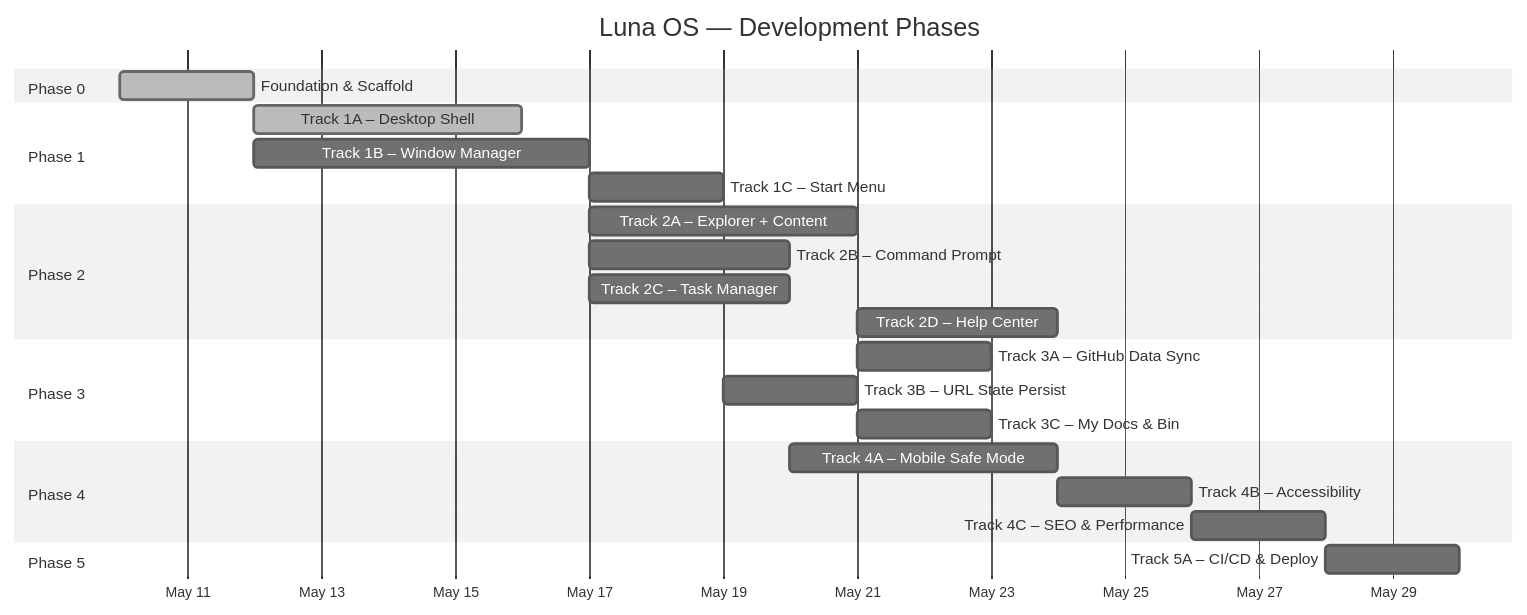
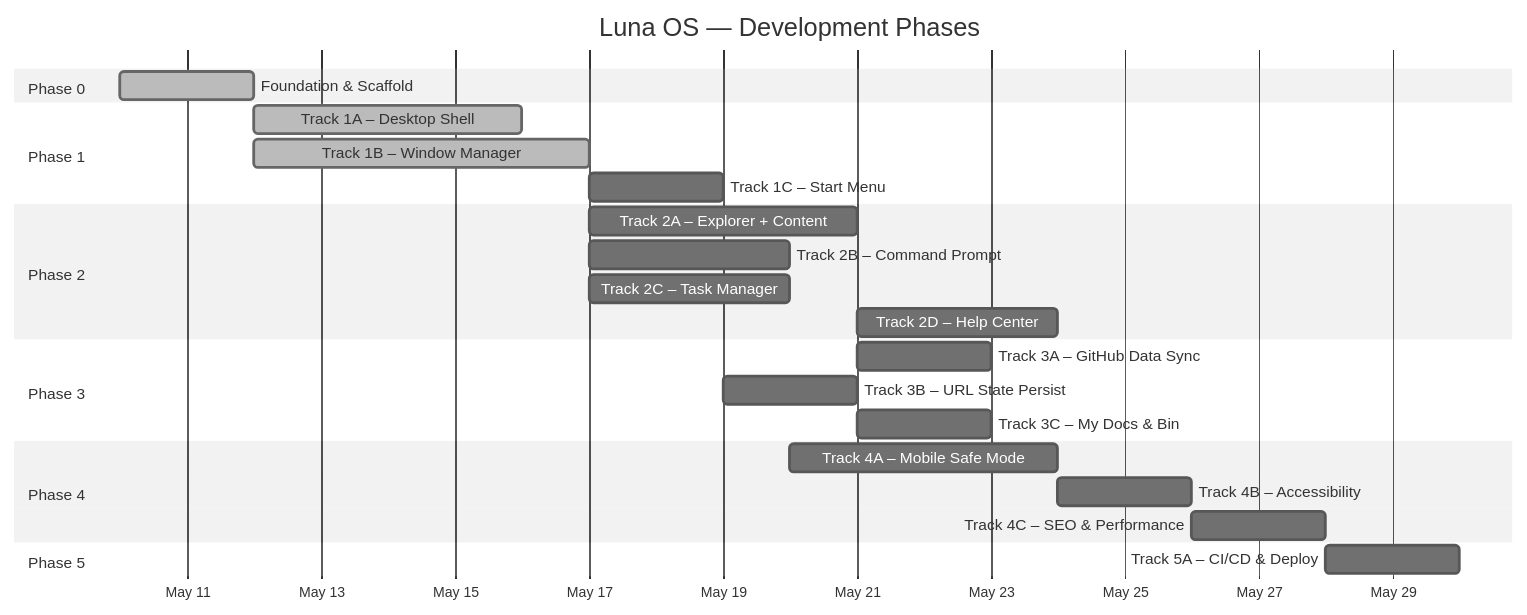
One commit to mansyar/portfolio-v3 changed the first of 2 diagrams in docs/ROADMAP.md. Above: the diagram before and after it, drawn with Mermaid (neutral theme). The commit also changed other lines of this file, not shown here.

Commit message:
docs: Update ROADMAP with completed Track 1B — Window Manager

````diff
--- a/docs/ROADMAP.md
+++ b/docs/ROADMAP.md
@@ -11,33 +11,33 @@
 ```mermaid
 gantt
     title Luna OS — Development Phases
     dateFormat  YYYY-MM-DD
     axisFormat  %b %d
 
     section Phase 0
     Foundation & Scaffold         :done, p0, 2026-05-10, 2d
 
     section Phase 1
     Track 1A – Desktop Shell      :done, p1a, after p0, 4d
-    Track 1B – Window Manager     :p1b, after p0, 5d
+    Track 1B – Window Manager     :done, p1b, after p0, 5d
     Track 1C – Start Menu         :p1c, after p1b, 2d
 
     section Phase 2
     Track 2A – Explorer + Content :p2a, after p1b, 4d
     Track 2B – Command Prompt     :p2b, after p1b, 3d
     Track 2C – Task Manager       :p2c, after p1b, 3d
     Track 2D – Help Center        :p2d, after p2a, 3d
 
     section Phase 3
     Track 3A – GitHub Data Sync   :p3a, after p2a, 2d
     Track 3B – URL State Persist  :p3b, after p1c, 2d
     Track 3C – My Docs & Bin      :p3c, after p2a, 2d
 
     section Phase 4
     Track 4A – Mobile Safe Mode   :p4a, after p2b, 4d
     Track 4B – Accessibility      :p4b, after p4a, 2d
     Track 4C – SEO & Performance  :p4c, after p4b, 2d
 
     section Phase 5
     Track 5A – CI/CD & Deploy     :p5a, after p4c, 2d
 ```
````
